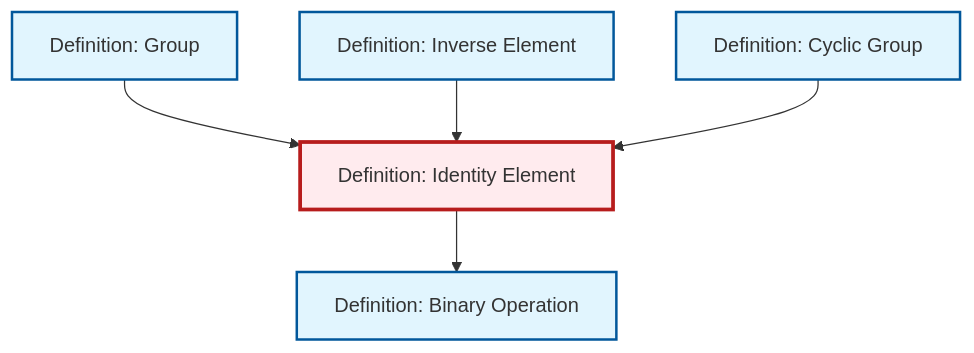
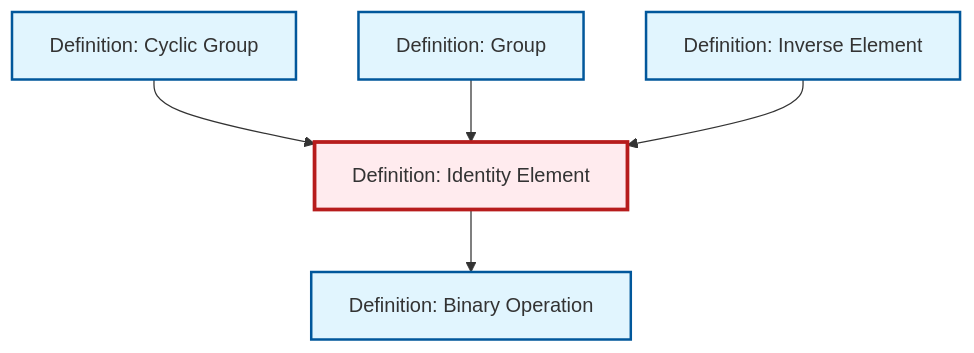
The diagram in content/en/algebra/def-identity-element.qmd (RK0429/ModernMath), drawn with Mermaid before and after one commit. The commit also changed other lines of this file and 434 other files, not shown here.

````diff
--- a/content/en/algebra/def-identity-element.qmd
+++ b/content/en/algebra/def-identity-element.qmd
@@ -77,23 +77,23 @@
 ```{mermaid}
 %%| fig-cap: "Local dependency graph"
 graph TD
     classDef definition fill:#e1f5fe,stroke:#01579b,stroke-width:2px
     classDef theorem fill:#f3e5f5,stroke:#4a148c,stroke-width:2px
     classDef axiom fill:#fff3e0,stroke:#e65100,stroke-width:2px
     classDef example fill:#e8f5e9,stroke:#1b5e20,stroke-width:2px
     classDef current fill:#ffebee,stroke:#b71c1c,stroke-width:3px
+    def-inverse-element["Definition: Inverse Element"]:::definition
+    def-group["Definition: Group"]:::definition
+    def-binary-operation["Definition: Binary Operation"]:::definition
     def-identity-element["Definition: Identity Element"]:::definition
     def-cyclic-group["Definition: Cyclic Group"]:::definition
-    def-inverse-element["Definition: Inverse Element"]:::definition
-    def-binary-operation["Definition: Binary Operation"]:::definition
-    def-group["Definition: Group"]:::definition
     def-identity-element --> def-binary-operation
+    def-cyclic-group --> def-identity-element
     def-group --> def-identity-element
     def-inverse-element --> def-identity-element
-    def-cyclic-group --> def-identity-element
     class def-identity-element current
+    click def-inverse-element "def-inverse-element.html" "Go to Inverse Element definition"
+    click def-group "def-group.html" "Go to Group definition"
+    click def-binary-operation "def-binary-operation.html" "Go to Binary Operation definition"
     click def-cyclic-group "def-cyclic-group.html" "Go to Cyclic Group definition"
-    click def-inverse-element "def-inverse-element.html" "Go to Inverse Element definition"
-    click def-binary-operation "def-binary-operation.html" "Go to Binary Operation definition"
-    click def-group "def-group.html" "Go to Group definition"
 ```
````
